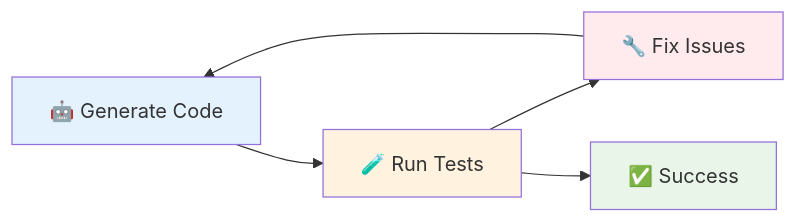
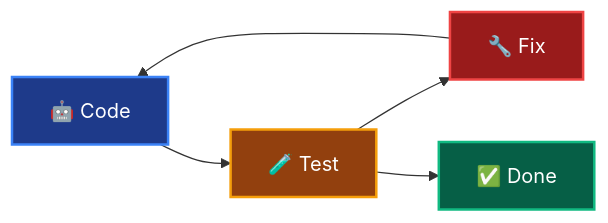
The diagram in content/ai/_index.md (brettinternet/brettinternet.github.io), drawn with Mermaid before and after one commit.

Commit message:
update flow chart colors

````diff
--- a/content/ai/_index.md
+++ b/content/ai/_index.md
@@ -71,13 +71,13 @@
 ```mermaid
 flowchart LR
-    Code[🤖 Generate Code] --> Test[🧪 Run Tests]
-    Test --> Fix[🔧 Fix Issues]
-    Fix --> Code
+    A[🤖 Code] --> B[🧪 Test]
+    B --> C[🔧 Fix]
+    C --> A
 
-    Test --> Done[✅ Success]
+    B --> D[✅ Done]
 
-    style Code fill:#e3f2fd
-    style Test fill:#fff3e0
-    style Fix fill:#ffebee
-    style Done fill:#e8f5e8
+    style A fill:#1e3a8a,stroke:#3b82f6,stroke-width:2px,color:#ffffff
+    style B fill:#92400e,stroke:#f59e0b,stroke-width:2px,color:#ffffff
+    style C fill:#991b1b,stroke:#ef4444,stroke-width:2px,color:#ffffff
+    style D fill:#065f46,stroke:#10b981,stroke-width:2px,color:#ffffff
 ```
````
